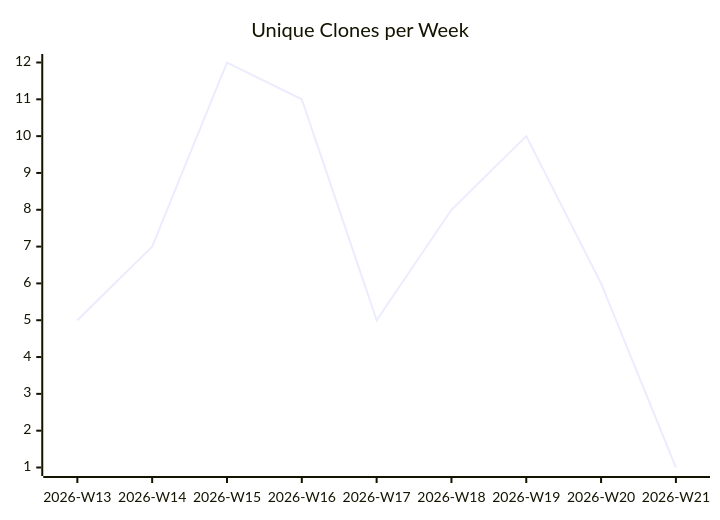
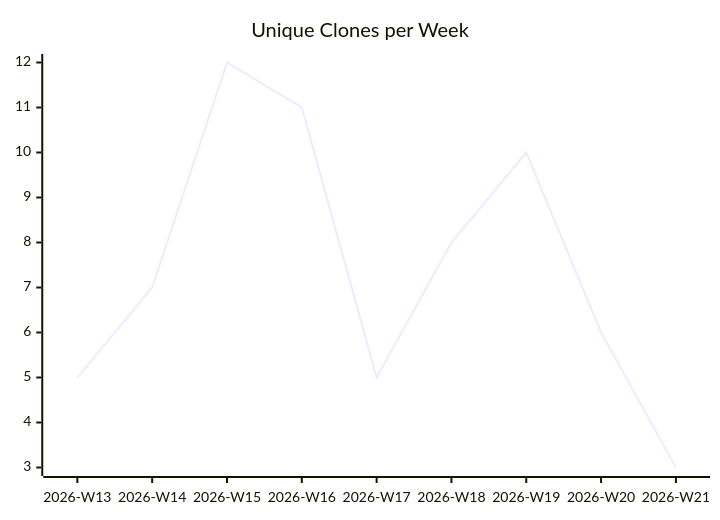
Before and after one commit to justdavis-family/github-analytics-data: the third of 3 diagrams in karlmdavis/fhir-benchmarks/README.md, drawn with Mermaid. The commit also changed other lines of this file and 187 other files, not shown here.

````diff
--- a/karlmdavis/fhir-benchmarks/README.md
+++ b/karlmdavis/fhir-benchmarks/README.md
@@ -19,6 +19,6 @@
 ```mermaid
 xychart-beta
   title "Unique Clones per Week"
   x-axis ["2026-W13", "2026-W14", "2026-W15", "2026-W16", "2026-W17", "2026-W18", "2026-W19", "2026-W20", "2026-W21"]
-  line [5, 7, 12, 11, 5, 8, 10, 6, 1]
+  line [5, 7, 12, 11, 5, 8, 10, 6, 3]
 ```
````
